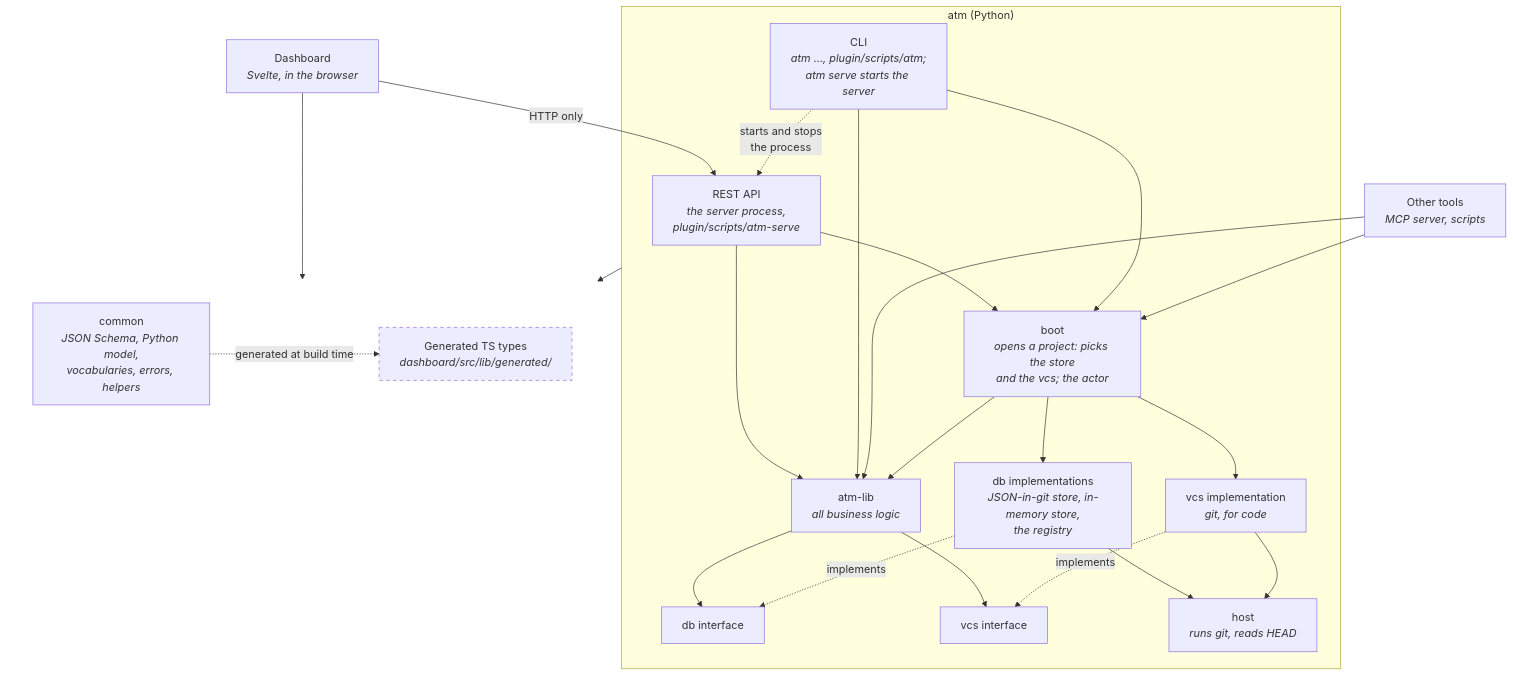
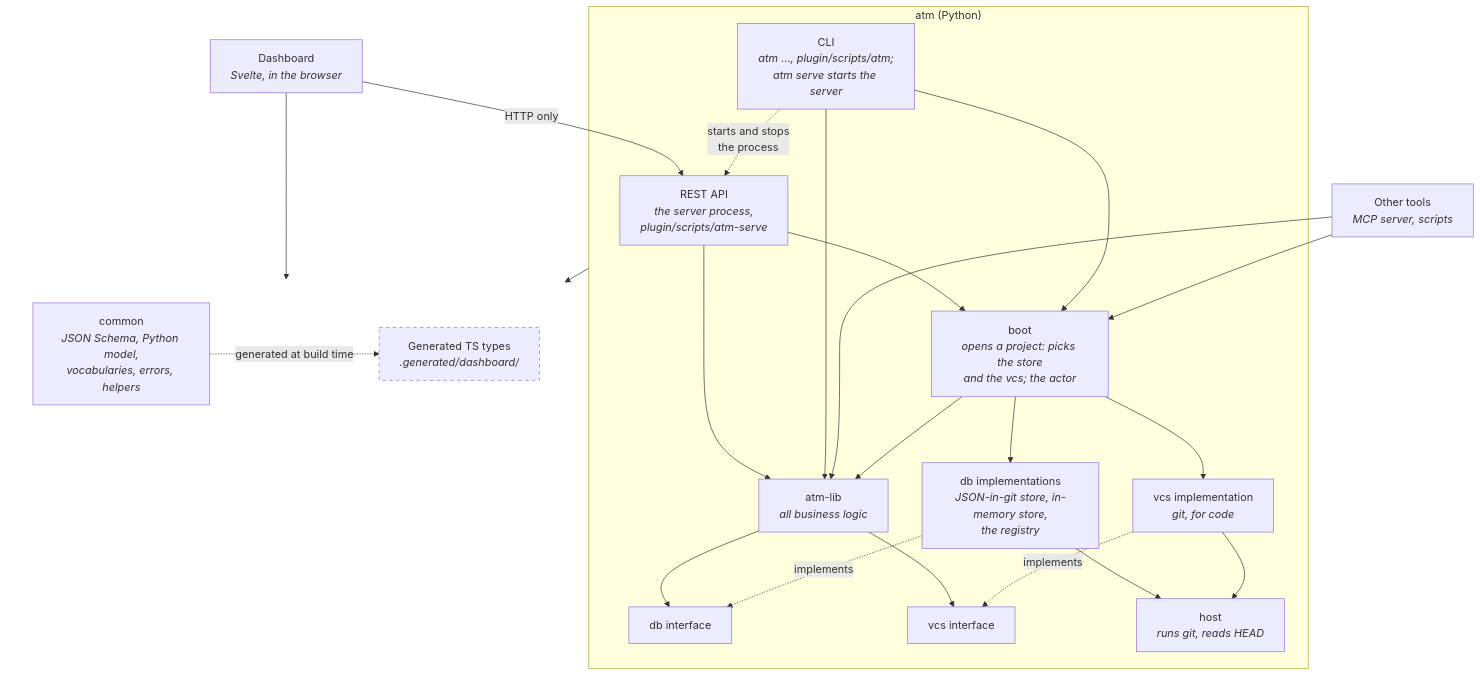
Before and after one commit to solo-swe/agentic-task-manager: the first of 2 diagrams in docs/layered-architecture.md, drawn with Mermaid. The commit also changed other lines of this file and 58 other files, not shown here.

````diff
--- a/docs/layered-architecture.md
+++ b/docs/layered-architecture.md
@@ -25,48 +25,48 @@
 ```mermaid
 flowchart TD
     Dashboard["Dashboard<br/><i>Svelte, in the browser</i>"]
     Tools["Other tools<br/><i>MCP server, scripts</i>"]
 
     subgraph Python["atm (Python)"]
         API["REST API<br/><i>the server process,<br/>plugin/scripts/atm-serve</i>"]
         CLI["CLI<br/><i>atm …, plugin/scripts/atm;<br/>atm serve starts the server</i>"]
         Boot["boot<br/><i>opens a project: picks the store<br/>and the vcs; the actor</i>"]
         Lib["atm-lib<br/><i>all business logic</i>"]
         DbI["db interface"]
         VcsI["vcs interface"]
         Db["db implementations<br/><i>JSON-in-git store, in-memory store,<br/>the registry</i>"]
         Vcs["vcs implementation<br/><i>git, for code</i>"]
         Host["host<br/><i>runs git, reads HEAD</i>"]
     end
 
     subgraph Shared[" "]
         direction LR
         Common["common<br/><i>JSON Schema, Python model,<br/>vocabularies, errors, helpers</i>"]
-        TSTypes["Generated TS types<br/><i>dashboard/src/lib/generated/</i>"]
+        TSTypes["Generated TS types<br/><i>.generated/dashboard/</i>"]
     end
 
     Dashboard -- "HTTP only" --> API
     CLI -. "starts and stops<br/>the process" .-> API
     API --> Lib
     CLI --> Lib
     API --> Boot
     CLI --> Boot
     Tools --> Lib
     Tools --> Boot
     Boot --> Lib
     Boot --> Db
     Boot --> Vcs
     Lib --> DbI
     Lib --> VcsI
     Db -. implements .-> DbI
     Vcs -. implements .-> VcsI
     Db --> Host
     Vcs --> Host
     Python --> Common
     Dashboard --> TSTypes
     Common -. "generated at build time" .-> TSTypes
 
     classDef generated stroke-dasharray: 5 5
     class TSTypes generated
     style Shared fill:none,stroke:none
 ```
````
